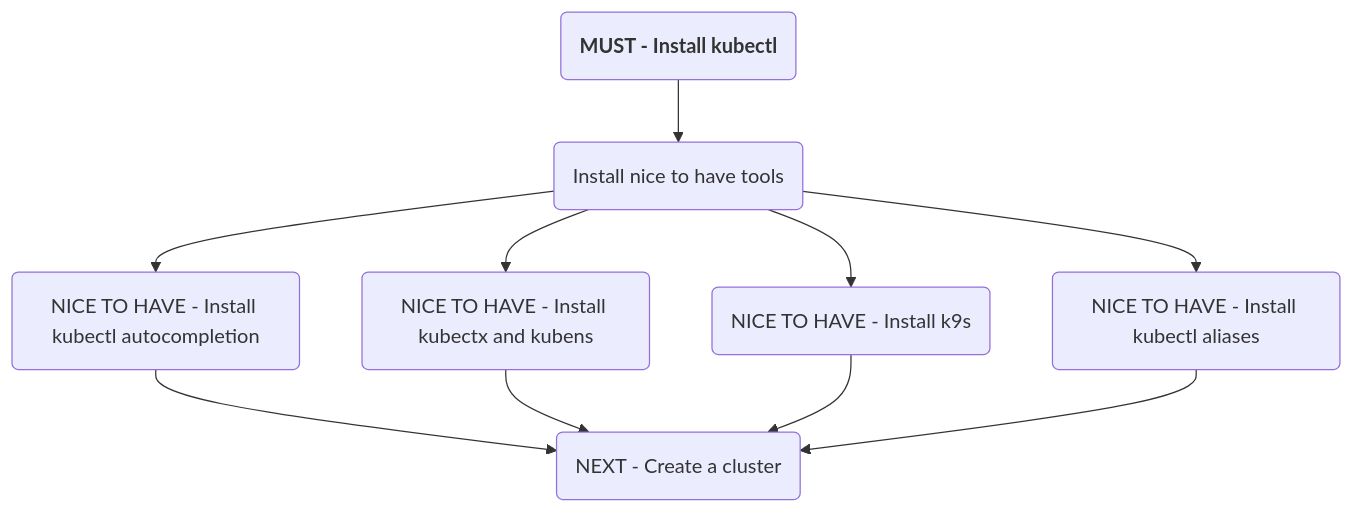
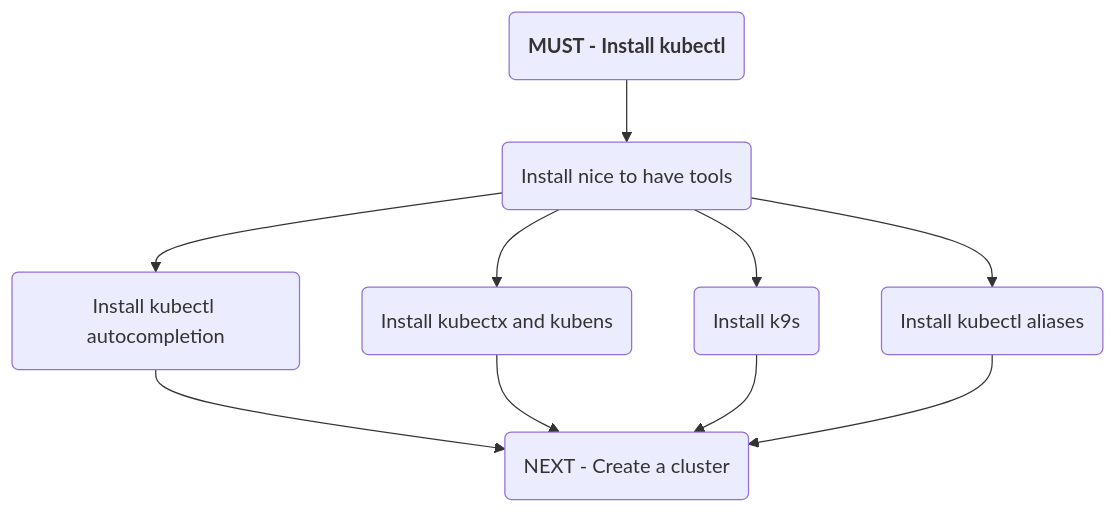
The diagram in Beginner/install-kubectl/README.md (guymenahem/the-kubernetes-journey), drawn with Mermaid before and after one commit. The commit also changed 1 other file, not shown here.

````diff
--- a/Beginner/install-kubectl/README.md
+++ b/Beginner/install-kubectl/README.md
@@ -3,21 +3,25 @@
 ```mermaid
     flowchart TD;
     install-kubectl(<b> MUST - Install kubectl </b>)
     install-kubectl --> install-nice-to-have
 
     install-nice-to-have(Install nice to have tools)
     install-nice-to-have --> kubectl-autocompletion
     install-nice-to-have --> kubectl-kubectx-kubens
     install-nice-to-have --> k9s
     install-nice-to-have --> kubectl-aliases
 
-    kubectl-autocompletion(NICE TO HAVE - Install kubectl autocompletion) --> next-create-a-cluster
+    kubectl-autocompletion(Install kubectl autocompletion) --> next-create-a-cluster
+    click kubectl-autocompletion "https://kubernetes.io/docs/tasks/tools/included/optional-kubectl-configs-bash-linux/"
 
-    kubectl-kubectx-kubens(NICE TO HAVE - Install kubectx and kubens) --> next-create-a-cluster
+    kubectl-kubectx-kubens(Install kubectx and kubens) --> next-create-a-cluster
+    click kubectl-kubectx-kubens "https://github.com/ahmetb/kubectx"
 
-    k9s(NICE TO HAVE - Install k9s) --> next-create-a-cluster
+    k9s(Install k9s) --> next-create-a-cluster
+    click k9s "https://github.com/derailed/k9s"
 
-    kubectl-aliases(NICE TO HAVE - Install kubectl aliases) --> next-create-a-cluster
+    kubectl-aliases(Install kubectl aliases) --> next-create-a-cluster
+    click kubectl-aliases "https://github.com/ahmetb/kubectl-aliases"
 
     next-create-a-cluster(NEXT - Create a cluster)
 ```
````
